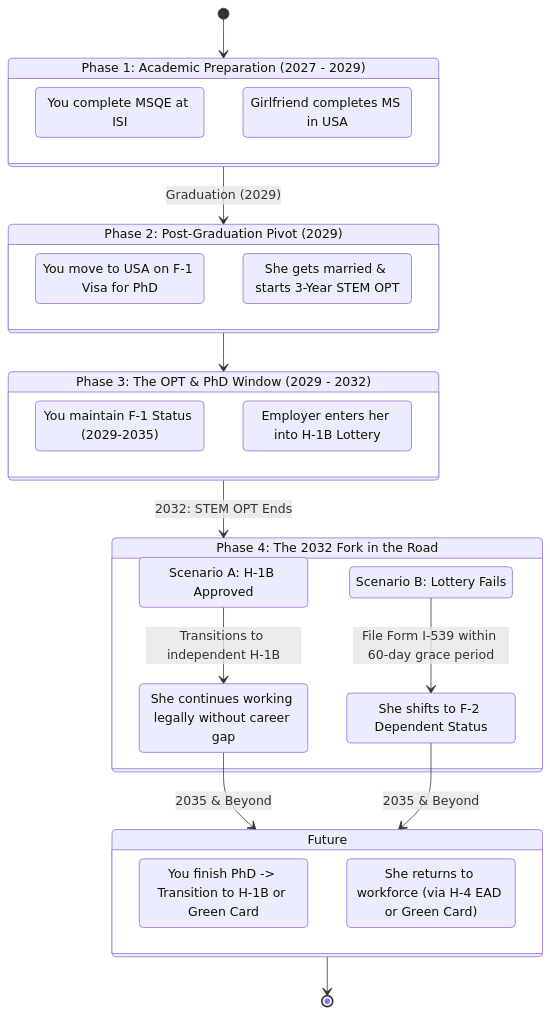
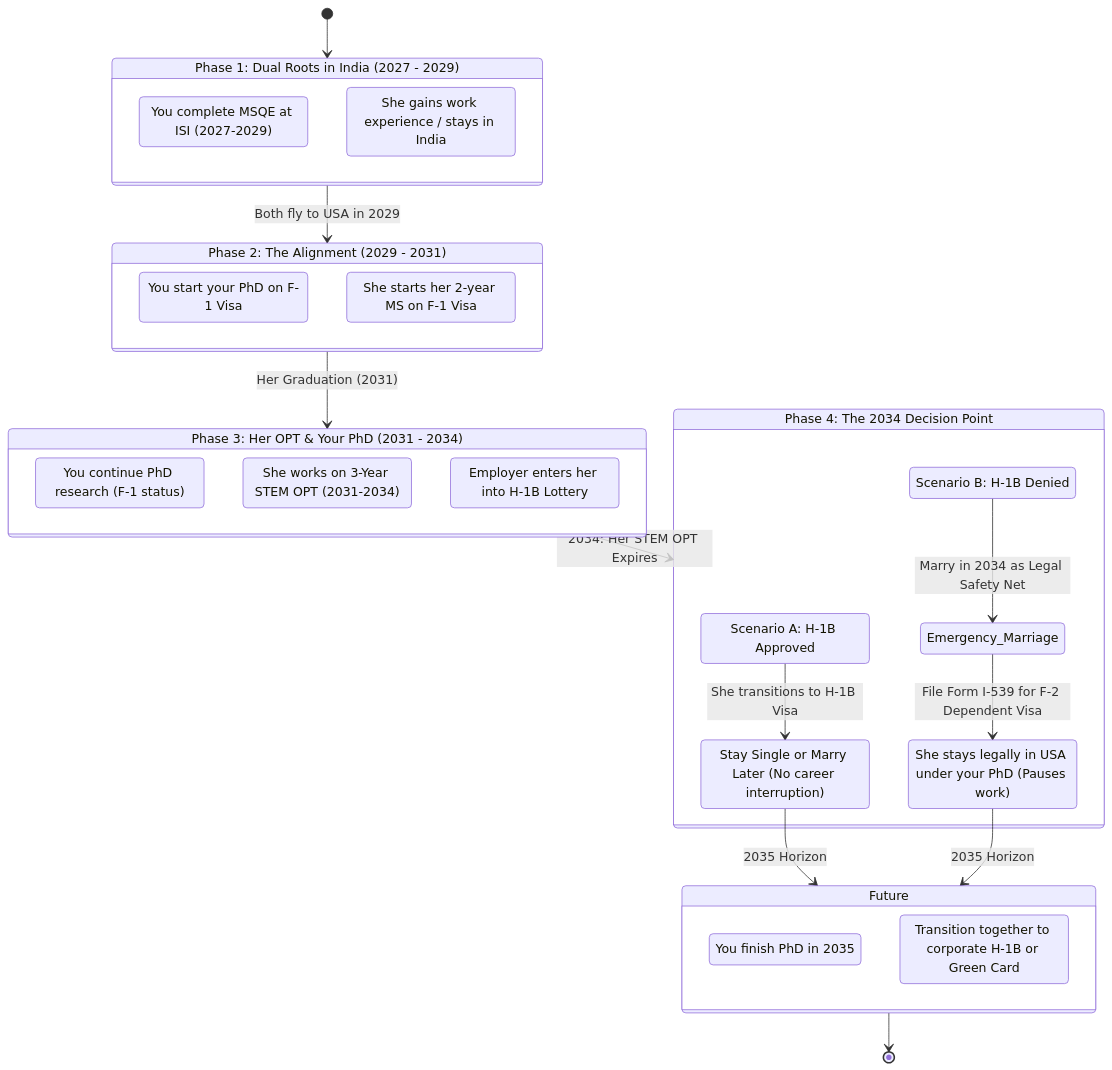
Before and after one commit to snapradeon2005123/TalentScanAI: the diagram in mrinali.mmd, drawn with Mermaid.

```diff
--- a/mrinali.mmd
+++ b/mrinali.mmd
@@ -1,51 +1,53 @@
 stateDiagram-v2
     direction TB
 
-    state "Phase 1: Academic Preparation (2027 - 2029)" as P1
-    state "Phase 2: Post-Graduation Pivot (2029)" as P2
-    state "Phase 3: The OPT & PhD Window (2029 - 2032)" as P3
-    state "Phase 4: The 2032 Fork in the Road" as P4
+    state "Phase 1: Dual Roots in India (2027 - 2029)" as P1
+    state "Phase 2: The Alignment (2029 - 2031)" as P2
+    state "Phase 3: Her OPT & Your PhD (2031 - 2034)" as P3
+    state "Phase 4: The 2034 Decision Point" as P4
     
     [*] --> P1
     
     state P1 {
-        You_ISI: You complete MSQE at ISI
-        GF_USA: Girlfriend completes MS in USA
+        You_ISI: You complete MSQE at ISI (2027-2029)
+        GF_India: She gains work experience / stays in India
     }
     
-    P1 --> P2 : Graduation (2029)
+    P1 --> P2 : Both fly to USA in 2029
     
     state P2 {
-        You_F1: You move to USA on F-1 Visa for PhD
-        Wife_OPT: She gets married & starts 3-Year STEM OPT
+        You_PhD_Start: You start your PhD on F-1 Visa
+        GF_MS_Start: She starts her 2-year MS on F-1 Visa
     }
     
-    P2 --> P3
+    P2 --> P3 : Her Graduation (2031)
     
     state P3 {
-        PhD_Progress: You maintain F-1 Status (2029-2035)
-        H1B_Attempts: Employer enters her into H-1B Lottery
+        PhD_Cont: You continue PhD research (F-1 status)
+        Wife_OPT: She works on 3-Year STEM OPT (2031-2034)
+        Lottery: Employer enters her into H-1B Lottery
     }
     
-    P3 --> P4 : 2032: STEM OPT Ends
+    P3 --> P4 : 2034: Her STEM OPT Expires
     
     state P4 {
         state "Scenario A: H-1B Approved" as Success
-        state "Scenario B: Lottery Fails" as Backup
+        state "Scenario B: H-1B Denied" as Backup
         
-        Success --> Work_Visa : Transitions to independent H-1B
-        Work_Visa: She continues working legally without career gap
+        Success --> Independent : She transitions to H-1B Visa
+        Independent: Stay Single or Marry Later (No career interruption)
         
-        Backup --> File_F2 : File Form I-539 within 60-day grace period
-        File_F2: She shifts to F-2 Dependent Status
+        Backup --> Emergency_Marriage : Marry in 2034 as Legal Safety Net
+        Emergency_Marriage --> F2_Status : File Form I-539 for F-2 Dependent Visa
+        F2_Status: She stays legally in USA under your PhD (Pauses work)
     }
     
-    Work_Visa --> Future : 2035 & Beyond
-    File_F2 --> Future : 2035 & Beyond
+    Independent --> Future : 2035 Horizon
+    F2_Status --> Future : 2035 Horizon
     
     state Future {
-        Green_Card: You finish PhD -> Transition to H-1B or Green Card
-        Wife_Work: She returns to workforce (via H-4 EAD or Green Card)
+        PhD_Done: You finish PhD in 2035
+        Endgame: Transition together to corporate H-1B or Green Card
     }
 
     Future --> [*]
```
